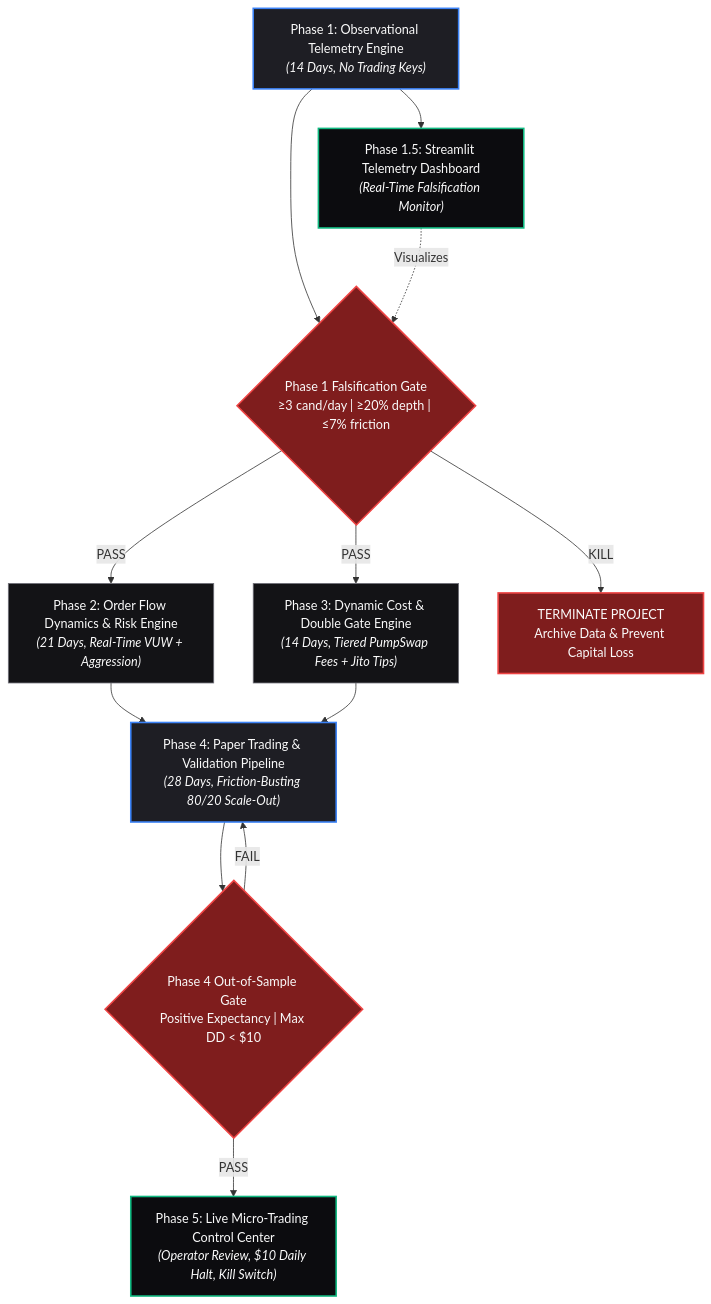
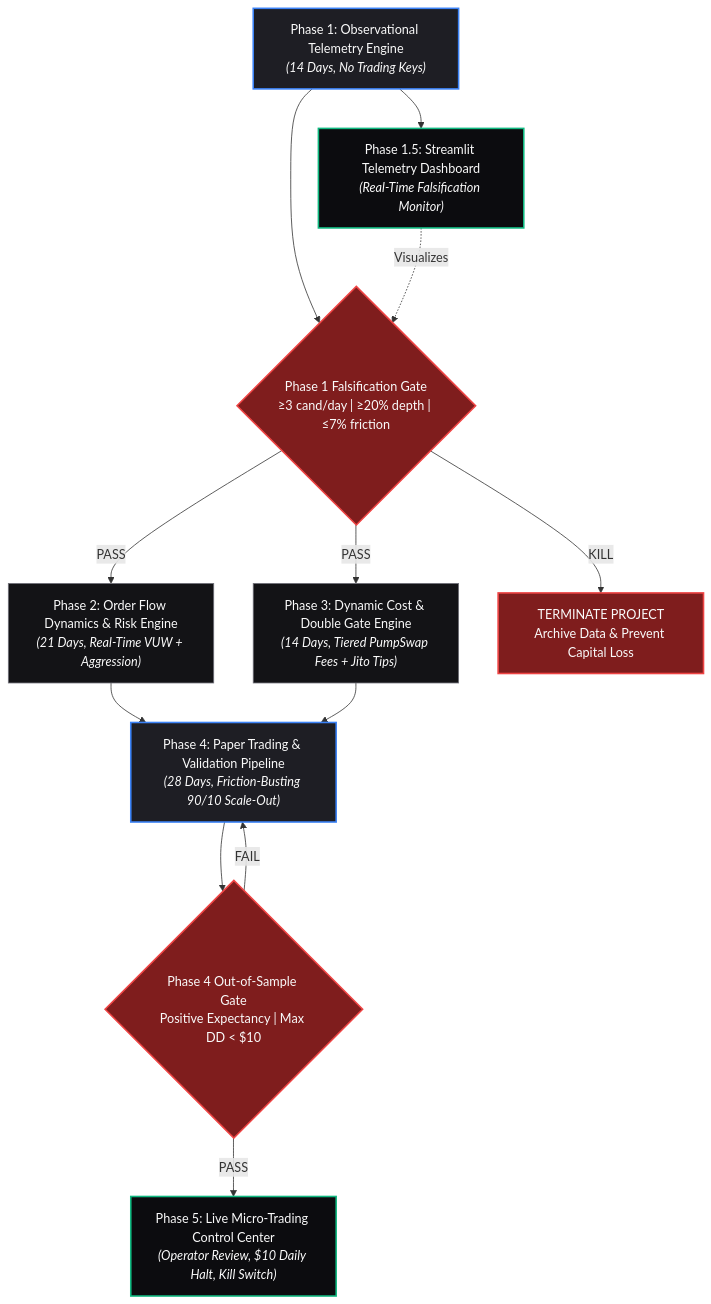
Before and after one commit to boppanadefi/funbot: the diagram in ROADMAP.md, drawn with Mermaid. The commit also changed other lines of this file and 22 other files, not shown here.

Commit message:
feat: implement Fixes 1-5 (state machine alignment, time-sliced TP1, demand floor, slot order flow, and 90/10 scale-out with runner hard time kill)

````diff
--- a/ROADMAP.md
+++ b/ROADMAP.md
@@ -13,32 +13,32 @@
 ```mermaid
 graph TD
     classDef observational fill:#1e1e24,stroke:#3b82f6,stroke-width:2px,color:#fafafa;
     classDef gate fill:#7f1d1d,stroke:#ef4444,stroke-width:2px,color:#fafafa;
     classDef core fill:#131316,stroke:#71717a,stroke-width:1px,color:#fafafa;
     classDef ui fill:#0c0c0f,stroke:#10b981,stroke-width:2px,color:#fafafa;
 
     P1["Phase 1: Observational Telemetry Engine<br/><i>(14 Days, No Trading Keys)</i>"]:::observational
     UI1["Phase 1.5: Streamlit Telemetry Dashboard<br/><i>(Real-Time Falsification Monitor)</i>"]:::ui
     G1{"Phase 1 Falsification Gate<br/>≥3 cand/day | ≥20% depth | ≤7% friction"}:::gate
 
     P2["Phase 2: Order Flow Dynamics & Risk Engine<br/><i>(21 Days, Real-Time VUW + Aggression)</i>"]:::core
     P3["Phase 3: Dynamic Cost & Double Gate Engine<br/><i>(14 Days, Tiered PumpSwap Fees + Jito Tips)</i>"]:::core
 
-    P4["Phase 4: Paper Trading & Validation Pipeline<br/><i>(28 Days, Friction-Busting 80/20 Scale-Out)</i>"]:::observational
+    P4["Phase 4: Paper Trading & Validation Pipeline<br/><i>(28 Days, Friction-Busting 90/10 Scale-Out)</i>"]:::observational
     G2{"Phase 4 Out-of-Sample Gate<br/>Positive Expectancy | Max DD < $10"}:::gate
 
     P5["Phase 5: Live Micro-Trading Control Center<br/><i>(Operator Review, $10 Daily Halt, Kill Switch)</i>"]:::ui
 
     P1 --> UI1
     P1 --> G1
     UI1 -.->|Visualizes| G1
     G1 -->|PASS| P2
     G1 -->|PASS| P3
     G1 -->|KILL| TERM["TERMINATE PROJECT<br/>Archive Data & Prevent Capital Loss"]:::gate
 
     P2 --> P4
     P3 --> P4
     P4 --> G2
     G2 -->|PASS| P5
     G2 -->|FAIL| P4
 ```
````
